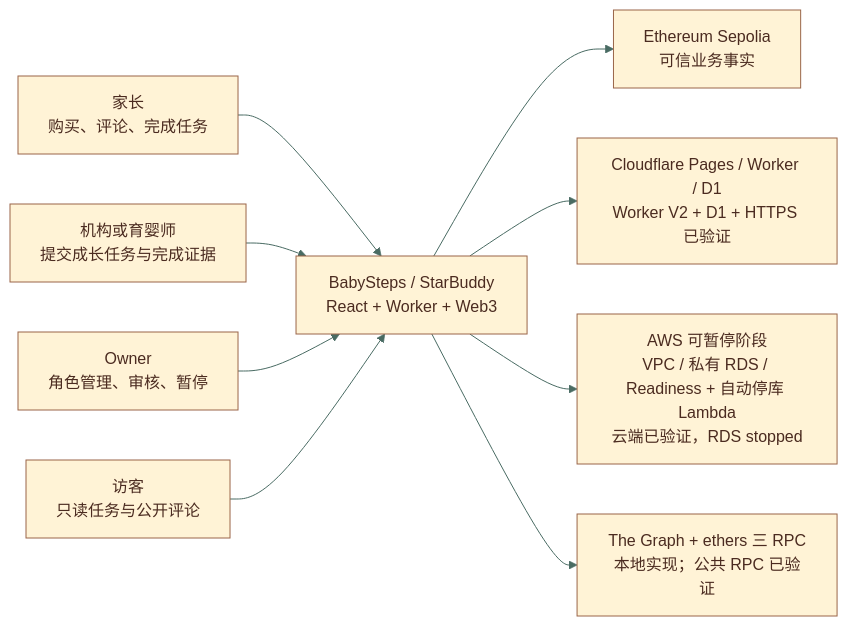
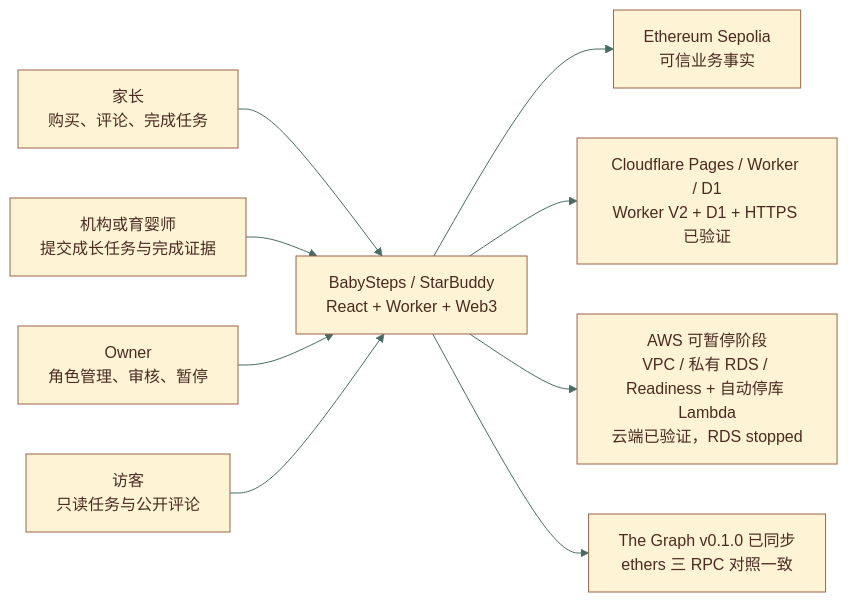
The first of 8 diagrams in docs/architecture/starbuddy-web3-architecture.mmd (Tiancheng-Xu/babysteps), drawn with Mermaid before and after one commit. The commit also changed other lines of this file and 26 other files, not shown here.

````diff
--- a/docs/architecture/starbuddy-web3-architecture.mmd
+++ b/docs/architecture/starbuddy-web3-architecture.mmd
@@ -16,19 +16,19 @@
 ```mermaid
 %%{init: {"theme":"base","themeVariables":{"primaryColor":"#FFF3D6","primaryTextColor":"#4B2B20","primaryBorderColor":"#9A6548","lineColor":"#496B63","secondaryColor":"#F7B267","tertiaryColor":"#DCE9C8"}}}%%
 flowchart LR
     parent0["家长<br/>购买、评论、完成任务"]
     provider0["机构或育婴师<br/>提交成长任务与完成证据"]
     owner0["Owner<br/>角色管理、审核、暂停"]
     babySteps["BabySteps / StarBuddy<br/>React + Worker + Web3"]
     public0["访客<br/>只读任务与公开评论"]
 
     parent0 --> babySteps
     provider0 --> babySteps
     owner0 --> babySteps
     public0 --> babySteps
 
     babySteps --> ethereum0["Ethereum Sepolia<br/>可信业务事实"]
     babySteps --> cloudflare0["Cloudflare Pages / Worker / D1<br/>Worker V2 + D1 + HTTPS 已验证"]
     babySteps --> aws0["AWS 可暂停阶段<br/>VPC / 私有 RDS / Readiness + 自动停库 Lambda<br/>云端已验证，RDS stopped"]
-    babySteps --> index0["The Graph + ethers 三 RPC<br/>本地实现；公共 RPC 已验证"]
+    babySteps --> index0["The Graph v0.1.0 已同步<br/>ethers 三 RPC 对照一致"]
 ```
````
